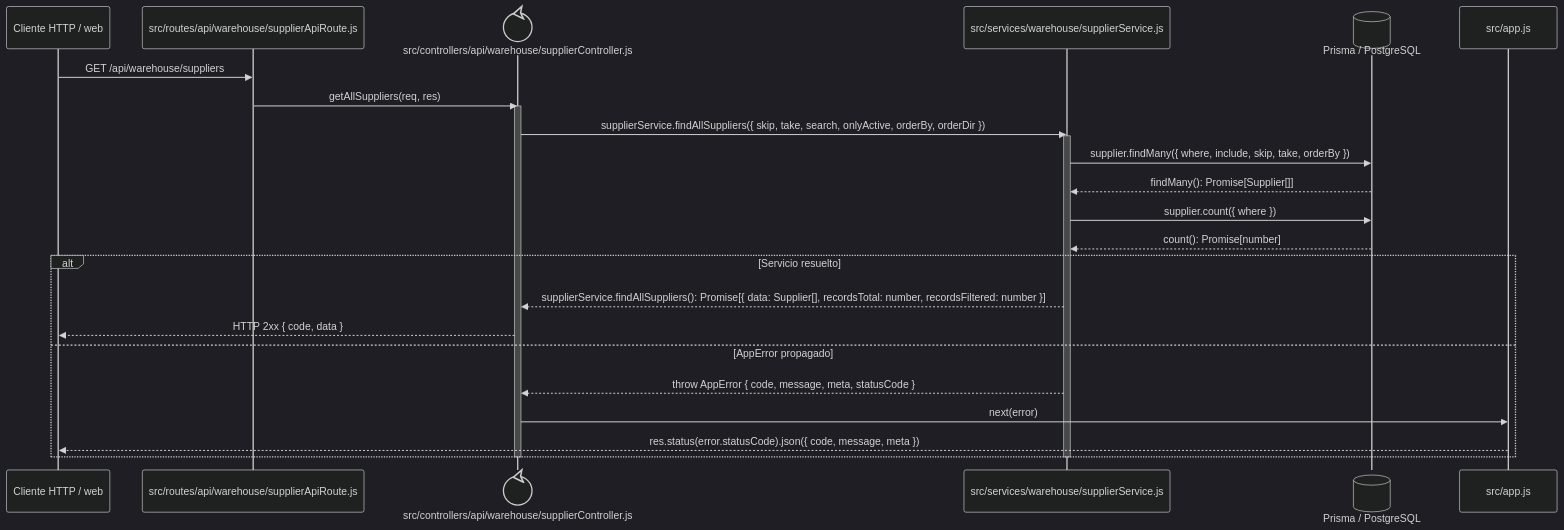
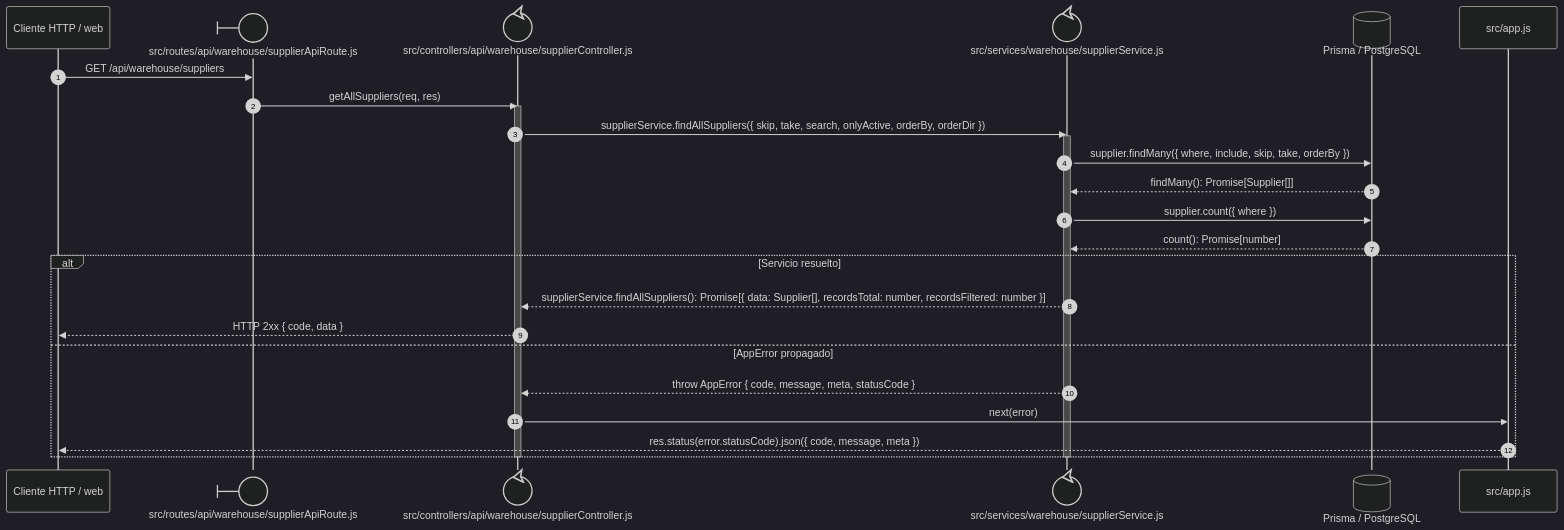
The diagram in docs/architecture/views/processes/backend-code-sequences/catalogs/cu-cat-01.md (gpgsistemas01/nexus), drawn with Mermaid (dark theme) before and after one commit. The commit also changed 198 other files, not shown here.

Commit message:
docs: mejorar notación UML y distribución de diagramas Mermaid

````diff
--- a/docs/architecture/views/processes/backend-code-sequences/catalogs/cu-cat-01.md
+++ b/docs/architecture/views/processes/backend-code-sequences/catalogs/cu-cat-01.md
@@ -6,29 +6,30 @@
 ```mermaid
 sequenceDiagram
+    autonumber
     participant Client as Cliente HTTP / web
-    participant Route as src/routes/api/warehouse/supplierApiRoute.js
+    participant Route@{ "type": "boundary" } as src/routes/api/warehouse/supplierApiRoute.js
     participant Controller@{ "type": "control" } as src/controllers/api/warehouse/supplierController.js
-    participant Domain as src/services/warehouse/supplierService.js
+    participant Domain@{ "type": "control" } as src/services/warehouse/supplierService.js
     participant Prisma@{ "type": "database" } as Prisma / PostgreSQL
     participant ErrorHandler as src/app.js
 
     Client->>Route: GET /api/warehouse/suppliers
     Route->>Controller: getAllSuppliers(req, res)
     activate Controller
     Controller->>Domain: supplierService.findAllSuppliers({ skip, take, search, onlyActive, orderBy, orderDir })
     activate Domain
     Domain->>Prisma: supplier.findMany({ where, include, skip, take, orderBy })
     Prisma-->>Domain: findMany(): Promise[Supplier[]]
     Domain->>Prisma: supplier.count({ where })
     Prisma-->>Domain: count(): Promise[number]
     alt Servicio resuelto
         Domain-->>Controller: supplierService.findAllSuppliers(): Promise[{ data: Supplier[], recordsTotal: number, recordsFiltered: number }]
         Controller-->>Client: HTTP 2xx { code, data }
     else AppError propagado
         Domain-->>Controller: throw AppError { code, message, meta, statusCode }
         Controller->>ErrorHandler: next(error)
         ErrorHandler-->>Client: res.status(error.statusCode).json({ code, message, meta })
     end
     deactivate Domain
     deactivate Controller
 ```
````
